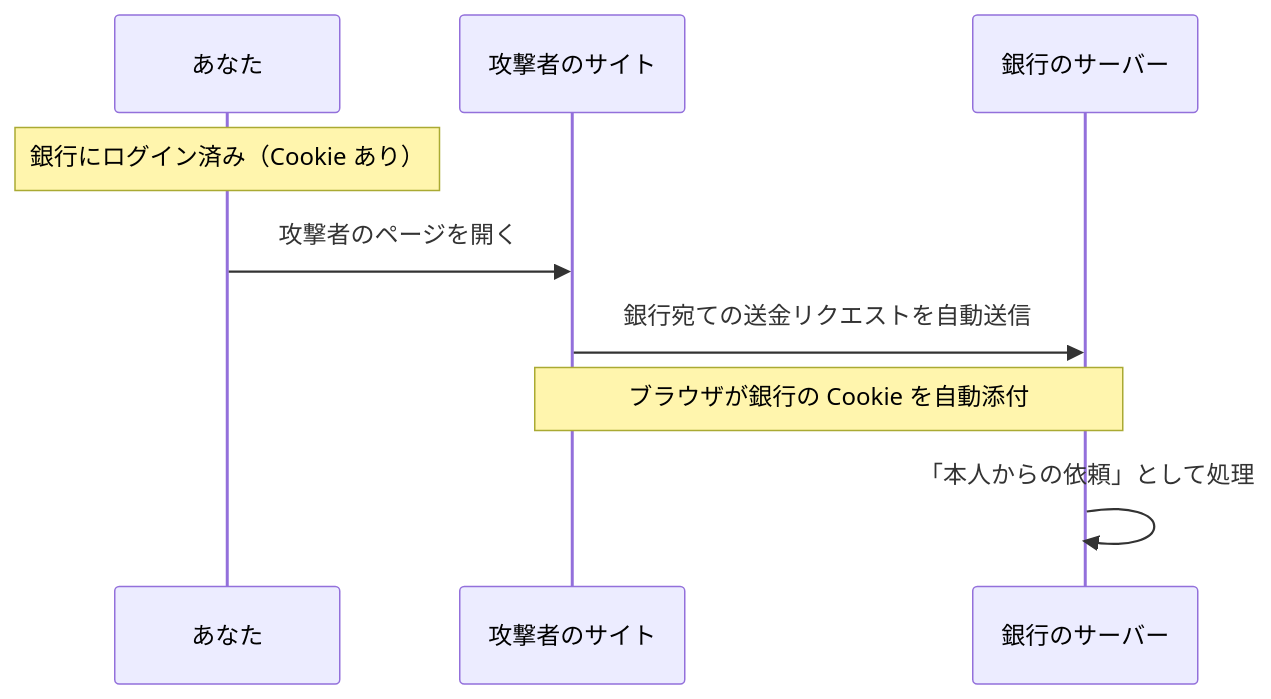
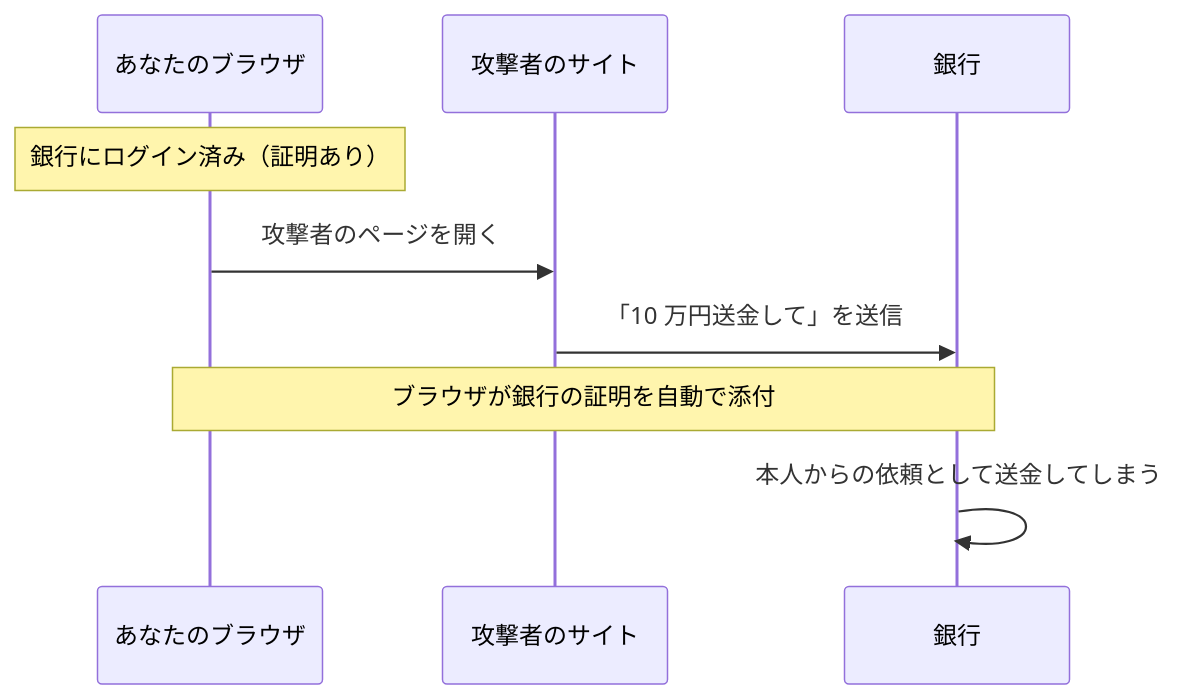
Before and after one commit to ozaki25/web-front-training-ozaki25: the diagram in docs/drafts/052/index.md, drawn with Mermaid. The commit also changed other lines of this file, not shown here.

````diff
--- a/docs/drafts/052/index.md
+++ b/docs/drafts/052/index.md
@@ -45,11 +31,11 @@
 ```mermaid
 sequenceDiagram
-  participant U as あなた
+  participant U as あなたのブラウザ
   participant E as 攻撃者のサイト
-  participant B as 銀行のサーバー
-  Note over U: 銀行にログイン済み（Cookie あり）
+  participant B as 銀行
+  Note over U: 銀行にログイン済み（証明あり）
   U->>E: 攻撃者のページを開く
-  E->>B: 銀行宛ての送金リクエストを自動送信
-  Note over E,B: ブラウザが銀行の Cookie を自動添付
-  B->>B: 「本人からの依頼」として処理
+  E->>B: 「10 万円送金して」を送信
+  Note over U,B: ブラウザが銀行の証明を自動で添付
+  B->>B: 本人からの依頼として送金してしまう
 ```
````
